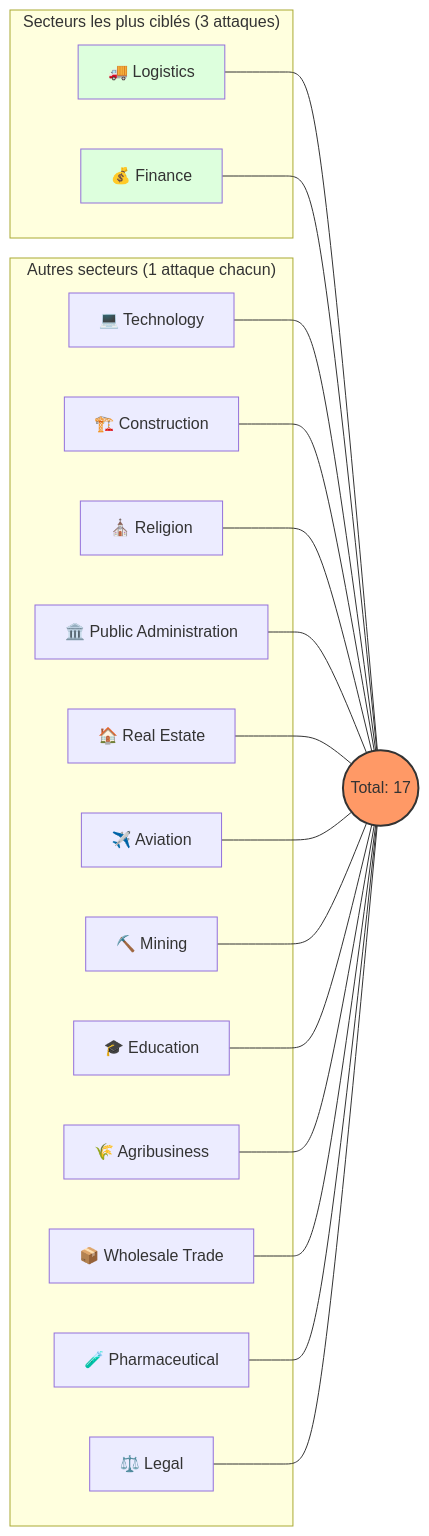
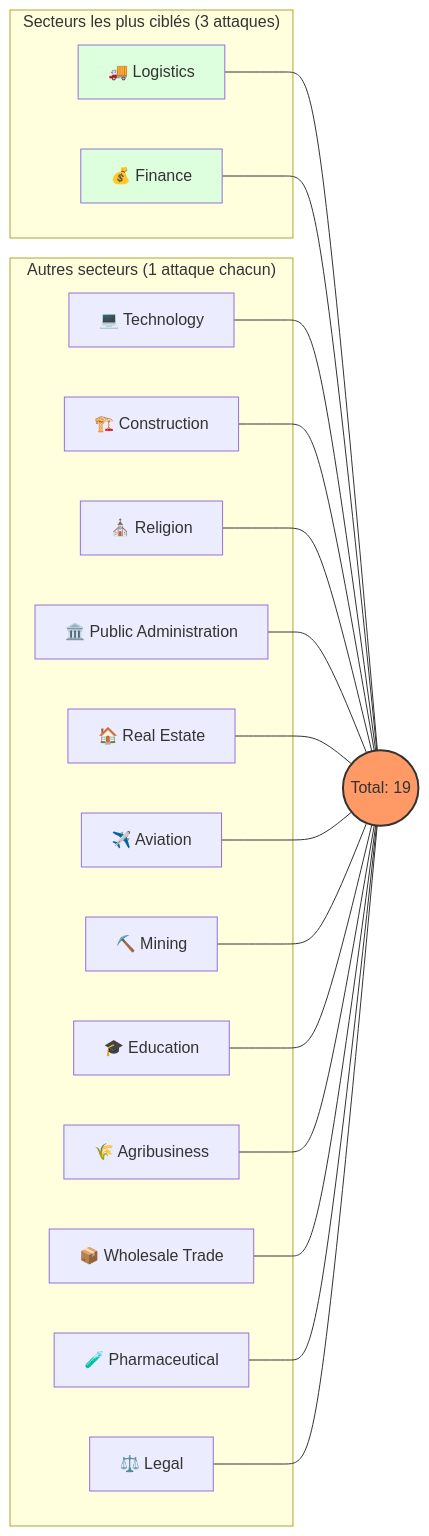
The third of 5 diagrams in CyberAttackAfrica/2025/10-october/README.md (Hatchepsoute/AFRINTEL), drawn with Mermaid before and after one commit. The commit also changed other lines of this file and 255 other files, not shown here.

````diff
--- a/CyberAttackAfrica/2025/10-october/README.md
+++ b/CyberAttackAfrica/2025/10-october/README.md
@@ -100,41 +105,41 @@
 ```mermaid
 graph LR
     subgraph "Secteurs les plus ciblés (3 attaques)"
     L[🚚 Logistics]
     F[💰 Finance]
     end
 
     subgraph "Autres secteurs (1 attaque chacun)"
     T[💻 Technology]
     C[🏗️ Construction]
     R[⛪ Religion]
     A[🏛️ Public Administration]
     RE[🏠 Real Estate]
     AV[✈️ Aviation]
     M[⛏️ Mining]
     E[🎓 Education]
     AG[🌾 Agribusiness]
     W[📦 Wholesale Trade]
     P[🧪 Pharmaceutical]
     J[⚖️ Legal]
     end
 
-    L --- Total((Total: 17))
+    L --- Total((Total: 19))
     F --- Total
     T --- Total
     C --- Total
     R --- Total
     A --- Total
     RE --- Total
     AV --- Total
     M --- Total
     E --- Total
     AG --- Total
     W --- Total
     P --- Total
     J --- Total
 
     style Total fill:#f96,stroke:#333,stroke-width:2px
     style L fill:#dfd
     style F fill:#dfd
 ```
````
